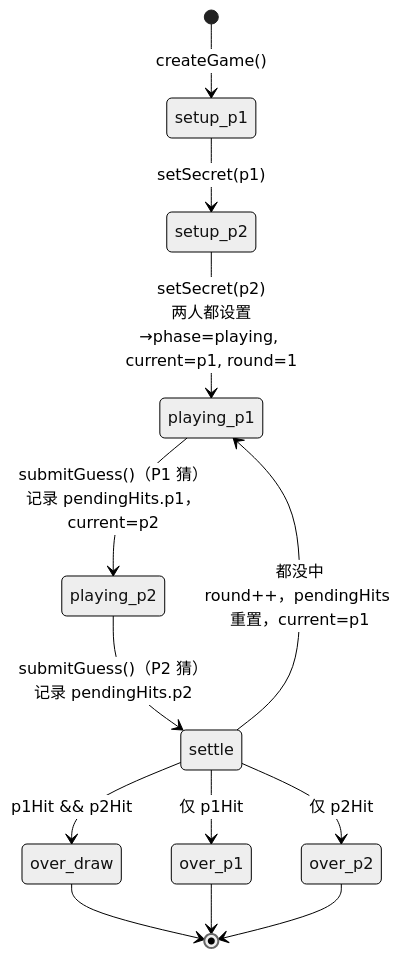
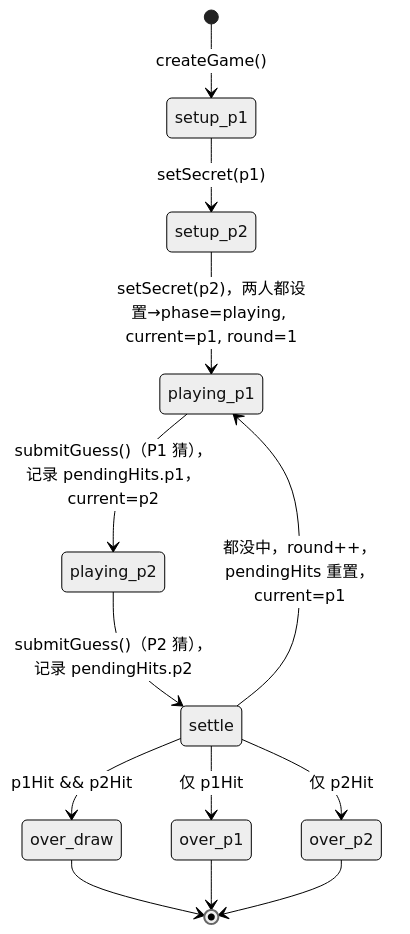
Before and after one commit to verdenmax/number-guessing-game: the diagram in docs/L3-details/state-machine.md, drawn with Mermaid (neutral theme). The commit also changed 4 other files, not shown here.

````diff
--- a/docs/L3-details/state-machine.md
+++ b/docs/L3-details/state-machine.md
@@ -9,18 +9,18 @@
 ```mermaid
 stateDiagram-v2
     [*] --> setup_p1: createGame()
     setup_p1 --> setup_p2: setSecret(p1)
-    setup_p2 --> playing_p1: setSecret(p2)<br/>两人都设置→phase=playing, current=p1, round=1
+    setup_p2 --> playing_p1: setSecret(p2)，两人都设置→phase=playing, current=p1, round=1
 
-    playing_p1 --> playing_p2: submitGuess()（P1 猜）<br/>记录 pendingHits.p1，current=p2
-    playing_p2 --> settle: submitGuess()（P2 猜）<br/>记录 pendingHits.p2
+    playing_p1 --> playing_p2: submitGuess()（P1 猜），记录 pendingHits.p1，current=p2
+    playing_p2 --> settle: submitGuess()（P2 猜），记录 pendingHits.p2
 
     settle --> over_draw: p1Hit && p2Hit
     settle --> over_p1: 仅 p1Hit
     settle --> over_p2: 仅 p2Hit
-    settle --> playing_p1: 都没中<br/>round++，pendingHits 重置，current=p1
+    settle --> playing_p1: 都没中，round++，pendingHits 重置，current=p1
 
     over_draw --> [*]
     over_p1 --> [*]
     over_p2 --> [*]
 ```
````
